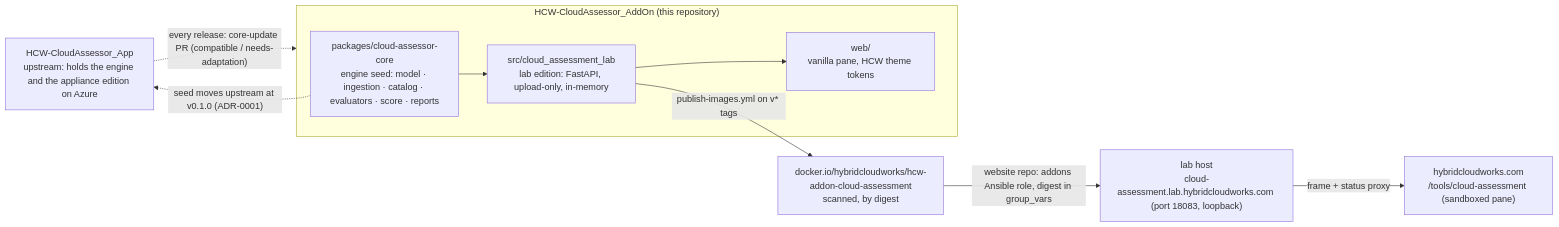
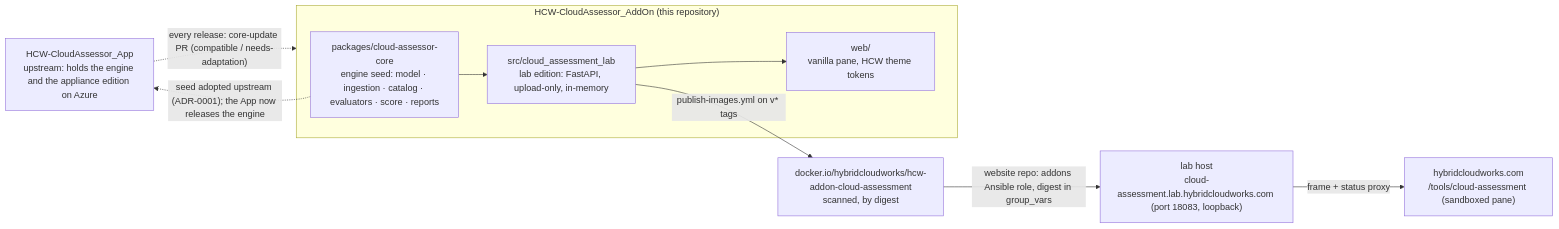
Before and after one commit to saulpatinojr/HCW-CloudAssessor_AddOn: the diagram in README.md, drawn with Mermaid. The commit also changed other lines of this file and 9 other files, not shown here.

First line of the commit message:
docs: add docs/whats-new-upstream.md and say who owns the engine

````diff
--- a/README.md
+++ b/README.md
@@ -30,18 +30,18 @@
 ```mermaid
 flowchart LR
   App["HCW-CloudAssessor_App<br/>upstream: holds the engine and the appliance edition on Azure"]
   subgraph AddOn["HCW-CloudAssessor_AddOn (this repository)"]
     Core["packages/cloud-assessor-core<br/>engine seed: model · ingestion · catalog · evaluators · score · reports"]
     Lab["src/cloud_assessment_lab<br/>lab edition: FastAPI, upload-only, in-memory"]
     Pane["web/<br/>vanilla pane, HCW theme tokens"]
     Core --> Lab --> Pane
   end
   Image["docker.io/hybridcloudworks/hcw-addon-cloud-assessment<br/>scanned, by digest"]
   Host["lab host<br/>cloud-assessment.lab.hybridcloudworks.com (port 18083, loopback)"]
   Site["hybridcloudworks.com<br/>/tools/cloud-assessment (sandboxed pane)"]
   Lab -- "publish-images.yml on v* tags" --> Image
   Image -- "website repo: addons Ansible role, digest in group_vars" --> Host
   Host -- "frame + status proxy" --> Site
-  Core -. "seed moves upstream at v0.1.0 (ADR-0001)" .-> App
+  Core -. "seed adopted upstream (ADR-0001); the App now releases the engine" .-> App
   App -. "every release: core-update PR (compatible / needs-adaptation)" .-> AddOn
 ```
````
